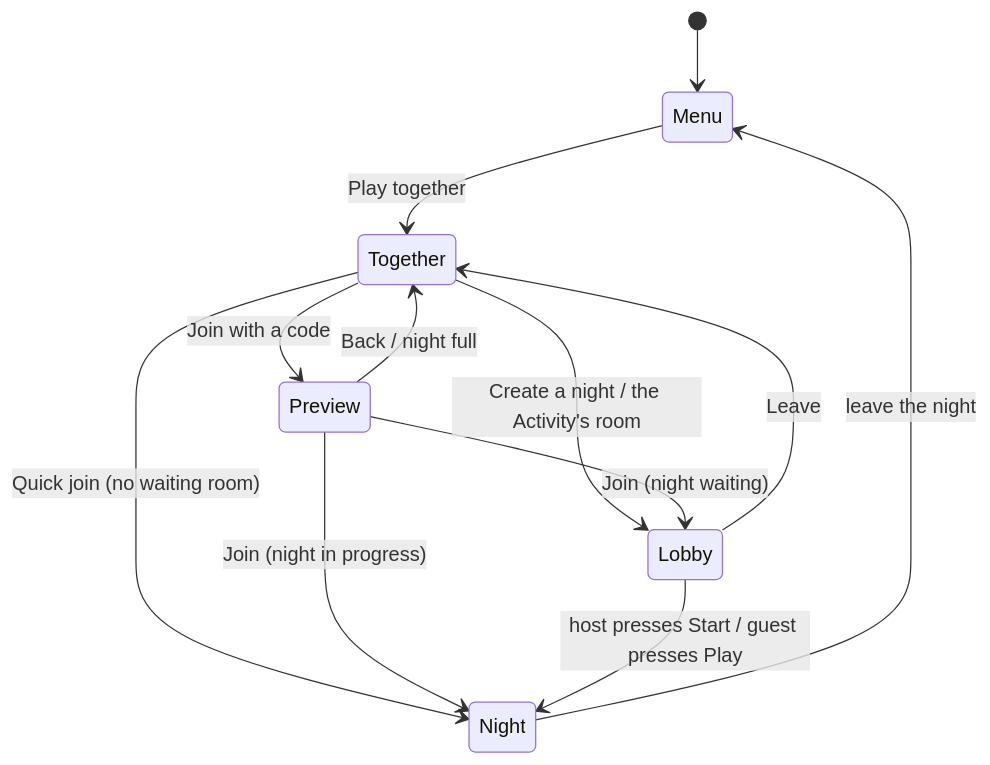
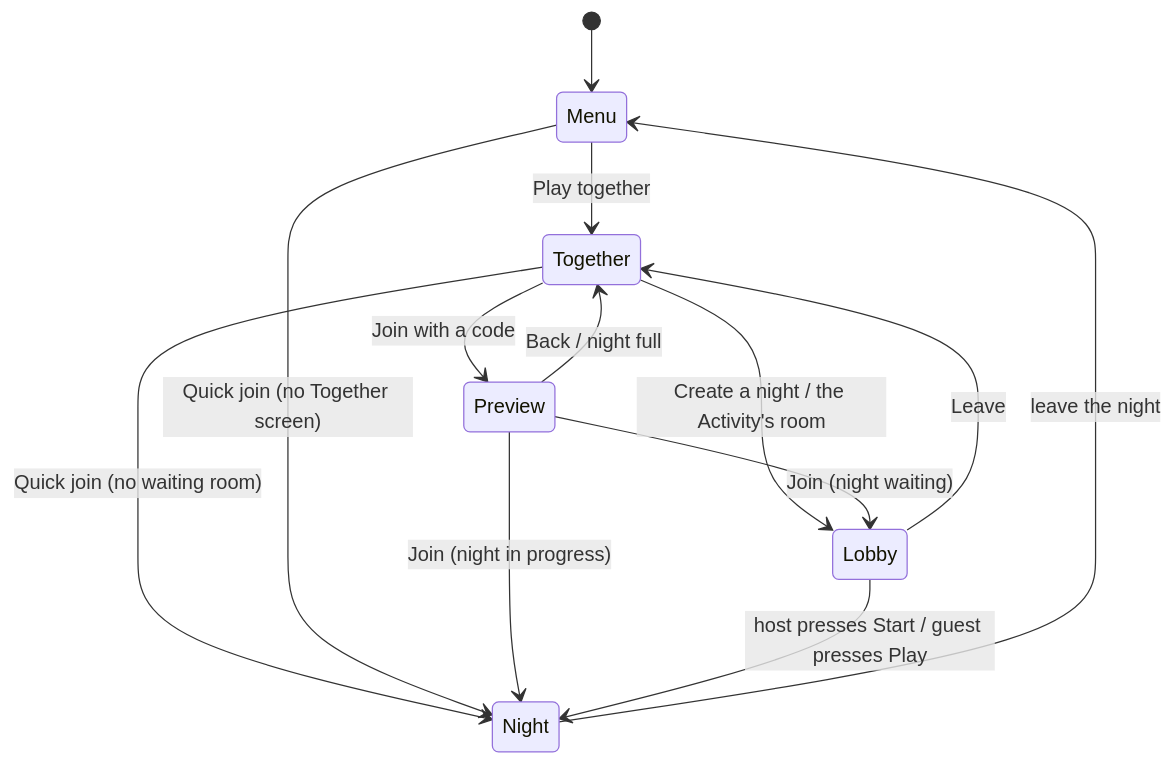
The diagram in docs/design/lobby.md (Ryubara/deadnight), drawn with Mermaid before and after one commit. The commit also changed other lines of this file and 11 other files, not shown here.

First line of the commit message:
ui: Fix Quick join opening the Play together screen instead of joining

````diff
--- a/docs/design/lobby.md
+++ b/docs/design/lobby.md
@@ -28,14 +28,15 @@
 ```mermaid
 stateDiagram-v2
     [*] --> Menu
     Menu --> Together: Play together
     Together --> Lobby: Create a night / the Activity's room
     Together --> Preview: Join with a code
     Together --> Night: Quick join (no waiting room)
+    Menu --> Night: Quick join (no Together screen)
     Preview --> Lobby: Join (night waiting)
     Preview --> Night: Join (night in progress)
     Preview --> Together: Back / night full
     Lobby --> Night: host presses Start / guest presses Play
     Lobby --> Together: Leave
     Night --> Menu: leave the night
 ```
````
